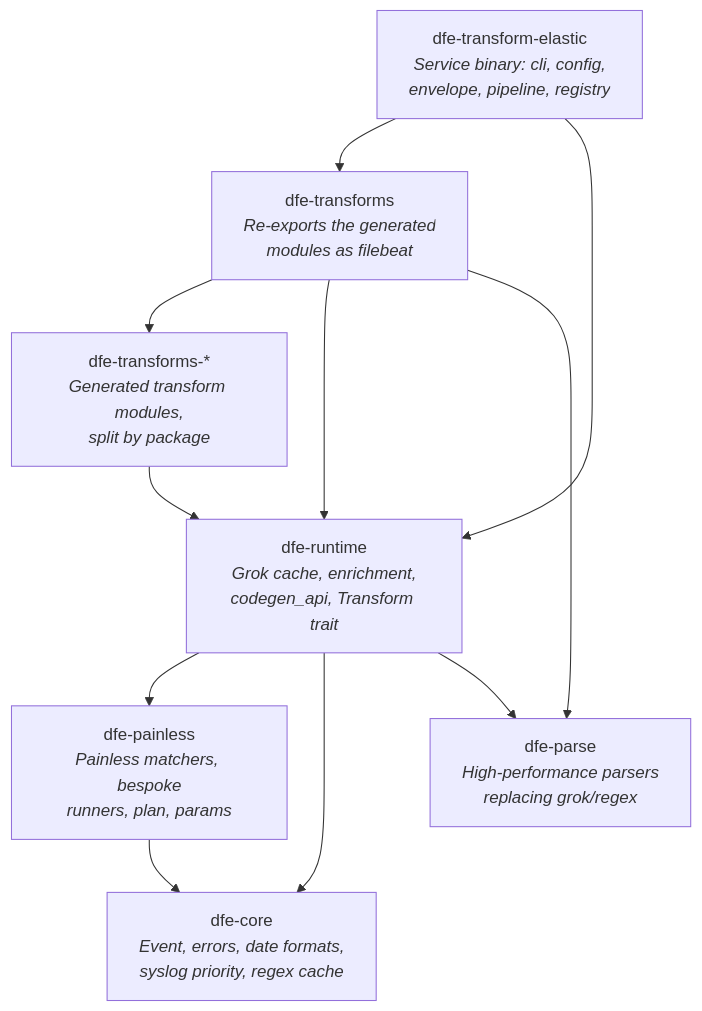
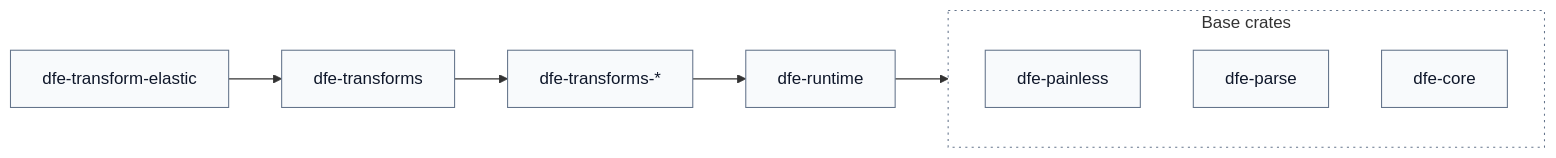
One commit to hyperi-io/dfe-transform-elastic changed the second of 5 diagrams in docs/architecture.md. Above: the diagram before and after it, drawn with Mermaid. The commit also changed other lines of this file and 32 other files, not shown here.

First line of the commit message:
docs(elastic): fix 59 claims to match code and redraw the diagrams

````diff
--- a/docs/architecture.md
+++ b/docs/architecture.md
@@ -63,21 +49,25 @@
 ```mermaid
-flowchart TD
-    service[dfe-transform-elastic<br/><i>Service binary: cli, config,<br/>envelope, pipeline, registry</i>]
-    transforms[dfe-transforms<br/><i>Re-exports the generated<br/>modules as filebeat</i>]
-    generated[dfe-transforms-*<br/><i>Generated transform modules,<br/>split by package</i>]
-    runtime[dfe-runtime<br/><i>Grok cache, enrichment,<br/>codegen_api, Transform trait</i>]
-    painless[dfe-painless<br/><i>Painless matchers, bespoke<br/>runners, plan, params</i>]
-    core[dfe-core<br/><i>Event, errors, date formats,<br/>syslog priority, regex cache</i>]
-    parse[dfe-parse<br/><i>High-performance parsers<br/>replacing grok/regex</i>]
+flowchart LR
+    accTitle: L4 Detail -- Crate dependencies
+    accDescr: The service depends on dfe-transforms, which re-exports the generated transform crates. They depend on dfe-runtime, which depends on dfe-painless, dfe-parse and dfe-core.
+
+    service["dfe-transform-elastic"]
+    transforms["dfe-transforms"]
+    generated["dfe-transforms-*"]
+    runtime["dfe-runtime"]
+
+    subgraph base["Base crates"]
+        painless["dfe-painless"]
+        parse["dfe-parse"]
+        core["dfe-core"]
+    end
 
     service --> transforms
-    service --> runtime
     transforms --> generated
-    transforms --> runtime
     generated --> runtime
-    transforms --> parse
-    runtime --> painless
-    runtime --> core
-    runtime --> parse
-    painless --> core
+    runtime --> base
+
+    classDef default fill:#F8FAFC,stroke:#64748B,stroke-width:1px,color:#0F172A
+    classDef group fill:none,stroke:#64748B,stroke-width:1px,stroke-dasharray:2 4
+    class base group
 ```
````
